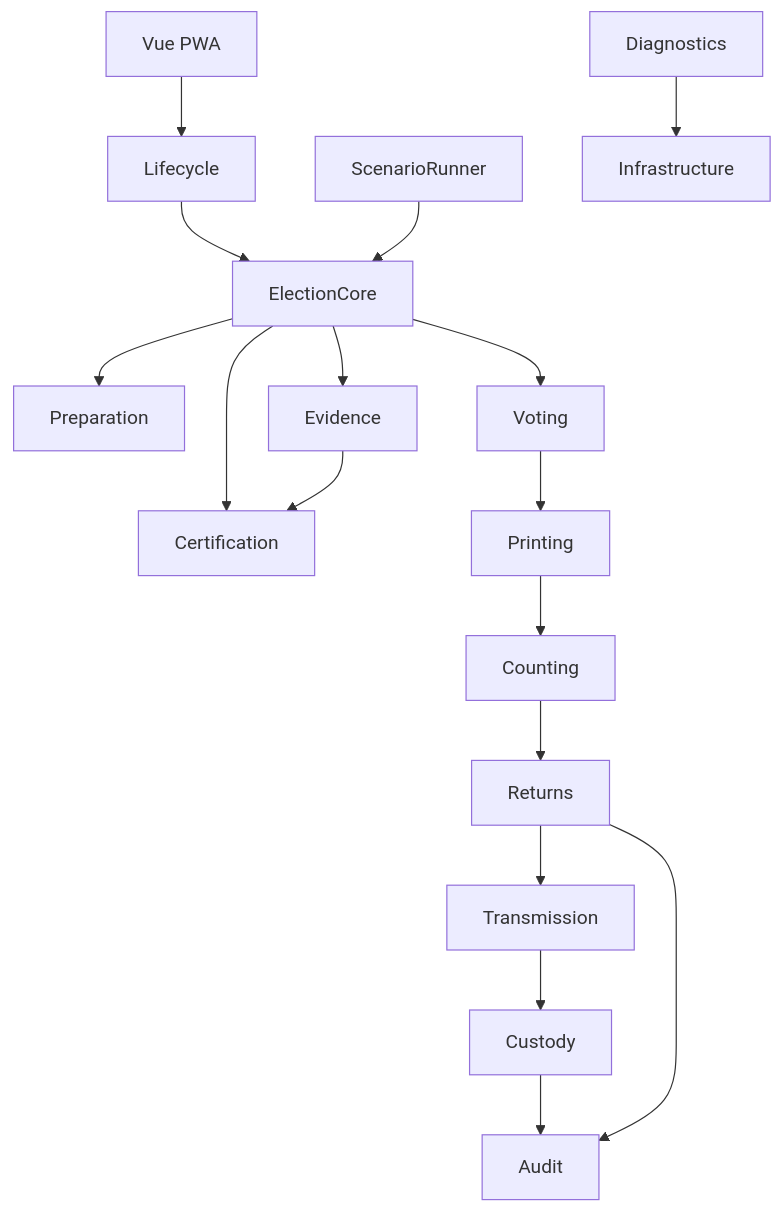
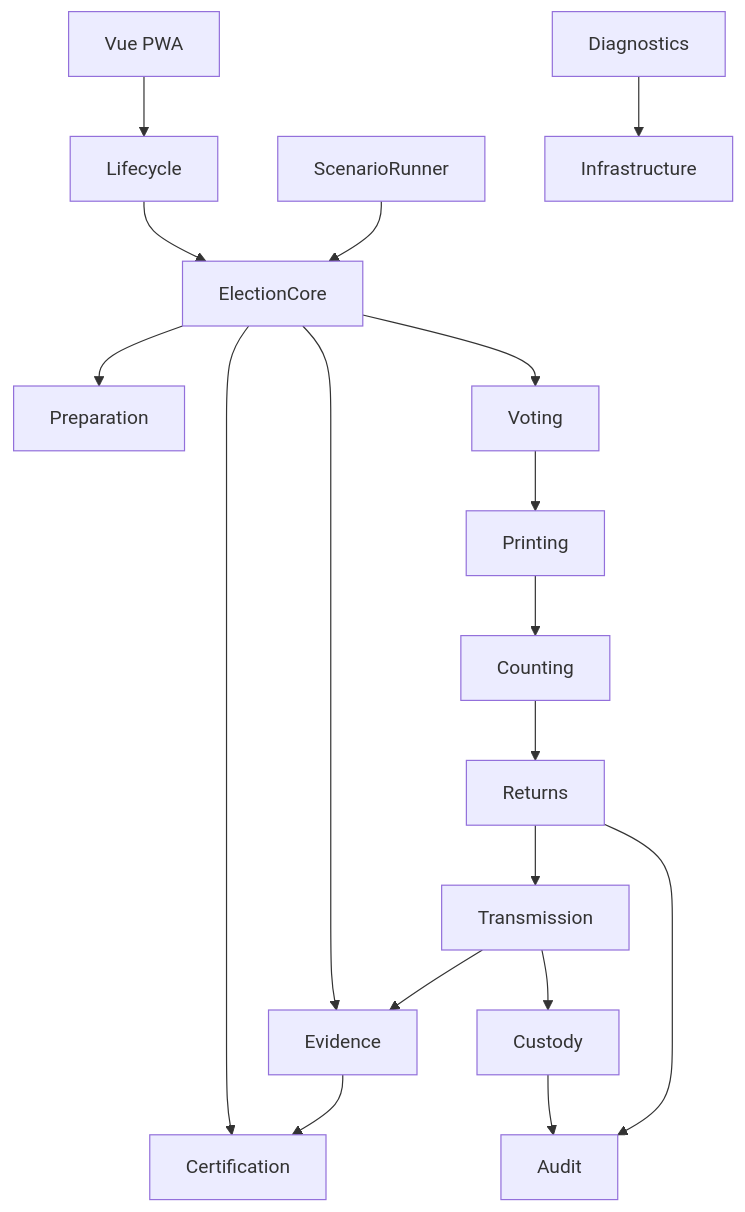
Before and after one commit to 3neti/aes: the second of 7 diagrams in docs/SYSTEM_DESIGN.md, drawn with Mermaid. The commit also changed other lines of this file and 5 other files, not shown here.

````diff
--- a/docs/SYSTEM_DESIGN.md
+++ b/docs/SYSTEM_DESIGN.md
@@ -84,67 +88,69 @@
 ```mermaid
 flowchart TB
 
 UI["Vue PWA"]
 
 Lifecycle
 
 ElectionCore
 
 Preparation
 
 Certification
 
 Voting
 
 Printing
 
 Counting
 
 Returns
 
 Evidence
 
 Transmission
 
 Custody
 
 Audit
 
 Diagnostics
 
 ScenarioRunner
 
 Infrastructure
 
 UI --> Lifecycle
 
 Lifecycle --> ElectionCore
 
 ElectionCore --> Preparation
 
 ElectionCore --> Certification
 
 ElectionCore --> Voting
 
 ElectionCore --> Evidence
 
 Voting --> Printing
 
 Printing --> Counting
 
 Counting --> Returns
 
 Returns --> Transmission
 
+Transmission --> Evidence
+
 Transmission --> Custody
 
 Evidence --> Certification
 
 Custody --> Audit
 
 Returns --> Audit
 
 ScenarioRunner --> ElectionCore
 
 Diagnostics --> Infrastructure
 ```
````
